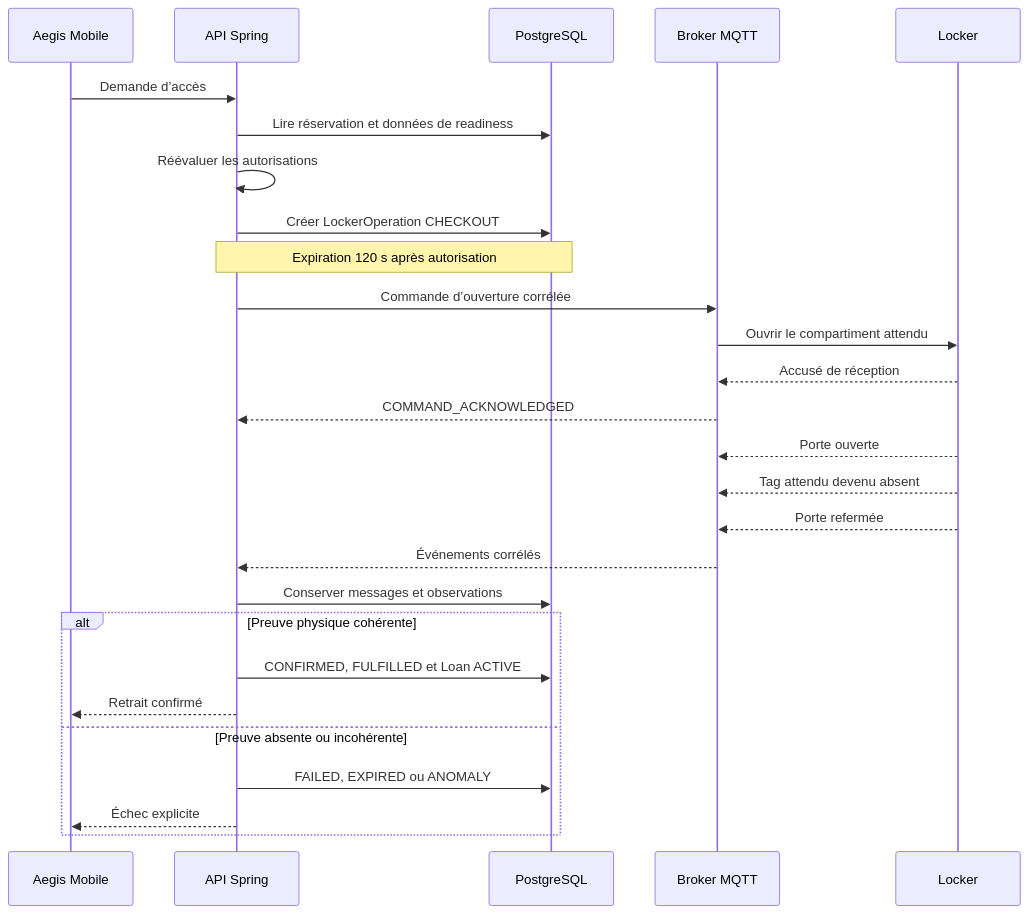
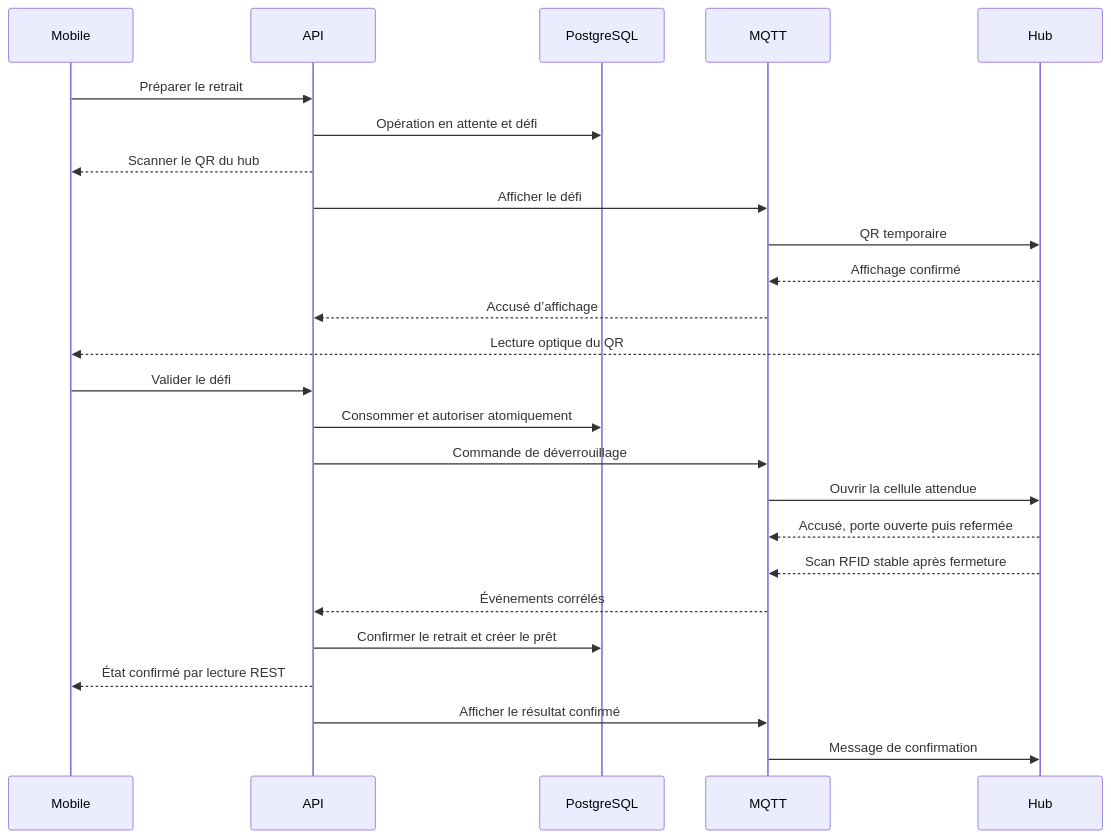
One commit to PhilJordan18/aegis changed the fourth of 7 diagrams in docs/cahier-conception/04-modele-de-donnees-logique.md. Above: the diagram before and after it, drawn with Mermaid. The commit also changed other lines of this file and 12 other files, not shown here.

````diff
--- a/docs/cahier-conception/04-modele-de-donnees-logique.md
+++ b/docs/cahier-conception/04-modele-de-donnees-logique.md
@@ -254,30 +261,27 @@
 ```mermaid
 sequenceDiagram
-    participant M as Aegis Mobile
-    participant A as API Spring
+    participant M as Mobile
+    participant A as API
     participant D as PostgreSQL
-    participant B as Broker MQTT
-    participant L as Locker
-
-    M->>A: Demande d’accès
-    A->>D: Lire réservation et données de readiness
-    A->>A: Réévaluer les autorisations
-    A->>D: Créer LockerOperation CHECKOUT
-    Note over A,D: Expiration 120 s après autorisation
-    A->>B: Commande d’ouverture corrélée
-    B->>L: Ouvrir le compartiment attendu
-    L-->>B: Accusé de réception
-    B-->>A: COMMAND_ACKNOWLEDGED
-    L-->>B: Porte ouverte
-    L-->>B: Tag attendu devenu absent
-    L-->>B: Porte refermée
+    participant B as MQTT
+    participant H as Hub
+    M->>A: Préparer le retrait
+    A->>D: Opération en attente et défi
+    A-->>M: Scanner le QR du hub
+    A->>B: Afficher le défi
+    B->>H: QR temporaire
+    H-->>B: Affichage confirmé
+    B-->>A: Accusé d’affichage
+    H-->>M: Lecture optique du QR
+    M->>A: Valider le défi
+    A->>D: Consommer et autoriser atomiquement
+    A->>B: Commande de déverrouillage
+    B->>H: Ouvrir la cellule attendue
+    H-->>B: Accusé, porte ouverte puis refermée
+    H-->>B: Scan RFID stable après fermeture
     B-->>A: Événements corrélés
-    A->>D: Conserver messages et observations
-    alt Preuve physique cohérente
-        A->>D: CONFIRMED, FULFILLED et Loan ACTIVE
-        A-->>M: Retrait confirmé
-    else Preuve absente ou incohérente
-        A->>D: FAILED, EXPIRED ou ANOMALY
-        A-->>M: Échec explicite
-    end
+    A->>D: Confirmer le retrait et créer le prêt
+    A-->>M: État confirmé par lecture REST
+    A->>B: Afficher le résultat confirmé
+    B->>H: Message de confirmation
 ```
````
